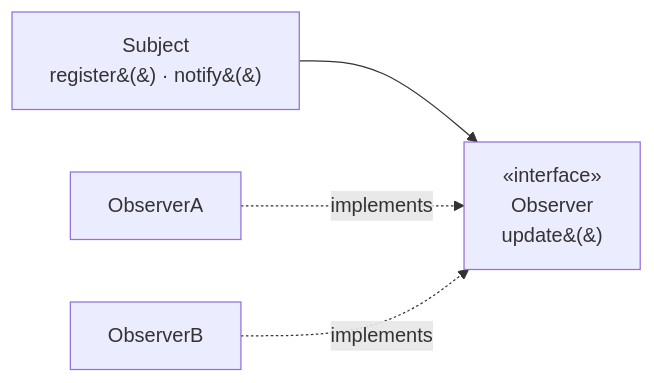
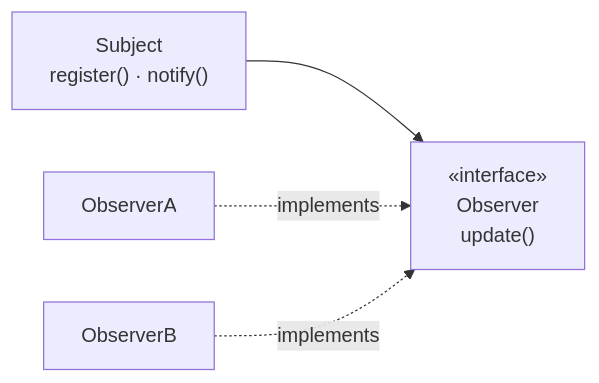
One commit to oadcavalcante/software-architecture-mastery changed the diagram in i18n/en-US/docusaurus-plugin-content-docs/current/03-design-patterns/observer.md. Above: the diagram before and after it, drawn with Mermaid. The commit also changed 27 other files, not shown here.

First line of the commit message:
diagramas: parenteses renderizando como &(&) e largura ilegivel no telefone

````diff
--- a/i18n/en-US/docusaurus-plugin-content-docs/current/03-design-patterns/observer.md
+++ b/i18n/en-US/docusaurus-plugin-content-docs/current/03-design-patterns/observer.md
@@ -47,6 +47,6 @@
 ```mermaid
 graph LR
-  S[Subject<br/>register&#40;&#41; · notify&#40;&#41;] --> O["«interface»<br/>Observer<br/>update&#40;&#41;"]
+  S["Subject<br/>register() · notify()"] --> O["«interface»<br/>Observer<br/>update()"]
   O1[ObserverA] -.implements.-> O
   O2[ObserverB] -.implements.-> O
 ```
````
